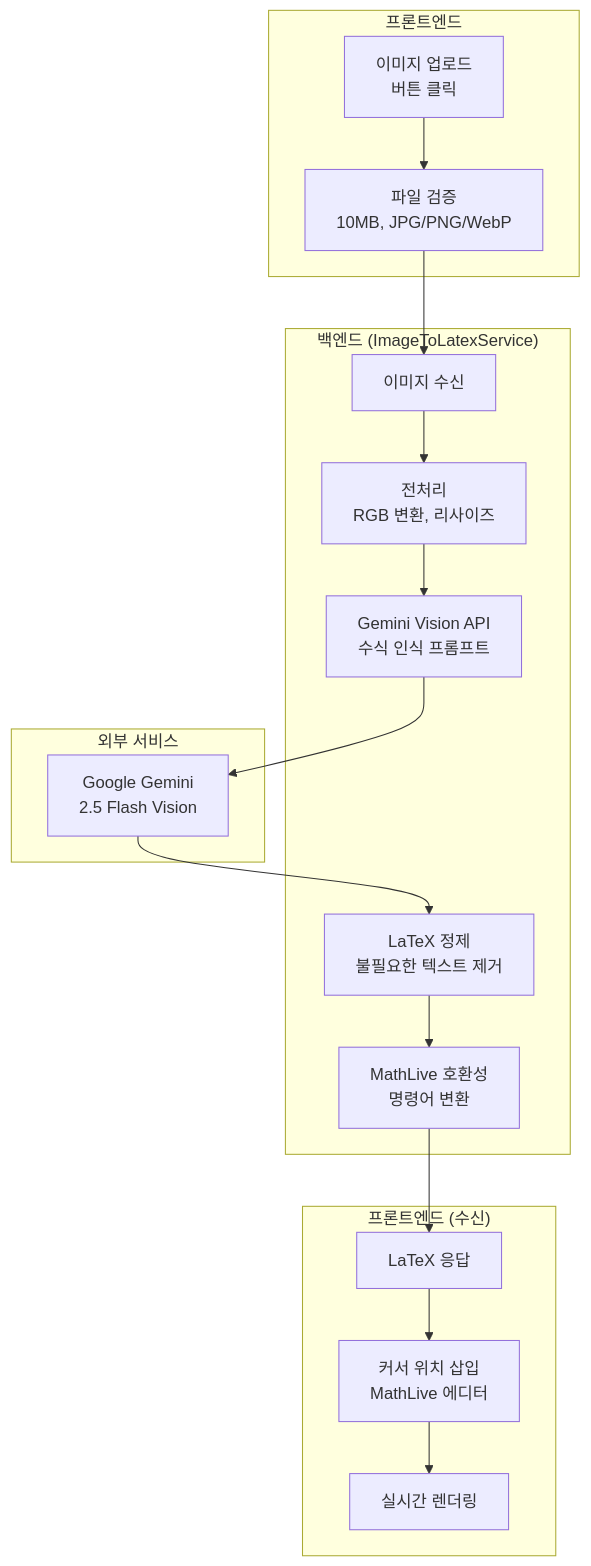
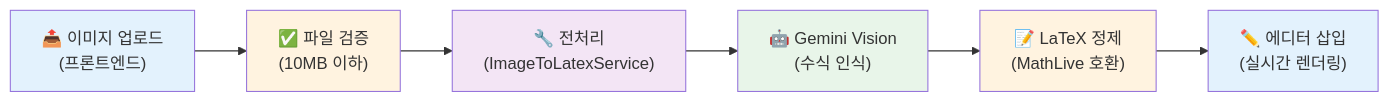
Diagram 16 of 16 in docs/chapters/04-system-implementation.md (KimKyuBong/maice-paper-deploy), drawn with Mermaid before and after one commit. The commit also changed other lines of this file and 79 other files, not shown here.

````diff
--- a/docs/chapters/04-system-implementation.md
+++ b/docs/chapters/04-system-implementation.md
@@ -1020,28 +975,18 @@
 ```mermaid
-graph TB
-    subgraph "프론트엔드"
-        A[이미지 업로드<br/>버튼 클릭]
-        B[파일 검증<br/>10MB, JPG/PNG/WebP]
-    end
+flowchart LR
+    A["📤 이미지 업로드<br/>(프론트엔드)"]
+    B["✅ 파일 검증<br/>(10MB 이하)"]
+    C["🔧 전처리<br/>(ImageToLatexService)"]
+    D["🤖 Gemini Vision<br/>(수식 인식)"]
+    E["📝 LaTeX 정제<br/>(MathLive 호환)"]
+    F["✏️ 에디터 삽입<br/>(실시간 렌더링)"]
     
-    subgraph "백엔드 (ImageToLatexService)"
-        C[이미지 수신]
-        D[전처리<br/>RGB 변환, 리사이즈]
-        E[Gemini Vision API<br/>수식 인식 프롬프트]
-        F[LaTeX 정제<br/>불필요한 텍스트 제거]
-        G[MathLive 호환성<br/>명령어 변환]
-    end
+    A --> B --> C --> D --> E --> F
     
-    subgraph "외부 서비스"
-        H[Google Gemini<br/>2.5 Flash Vision]
-    end
-    
-    subgraph "프론트엔드 (수신)"
-        I[LaTeX 응답]
-        J[커서 위치 삽입<br/>MathLive 에디터]
-        K[실시간 렌더링]
-    end
-    
-    A --> B --> C --> D --> E --> H
-    H --> F --> G --> I --> J --> K
+    style A fill:#E3F2FD
+    style B fill:#FFF3E0
+    style C fill:#F3E5F5
+    style D fill:#E8F5E9
+    style E fill:#FFF3E0
+    style F fill:#E3F2FD
 ```
````
